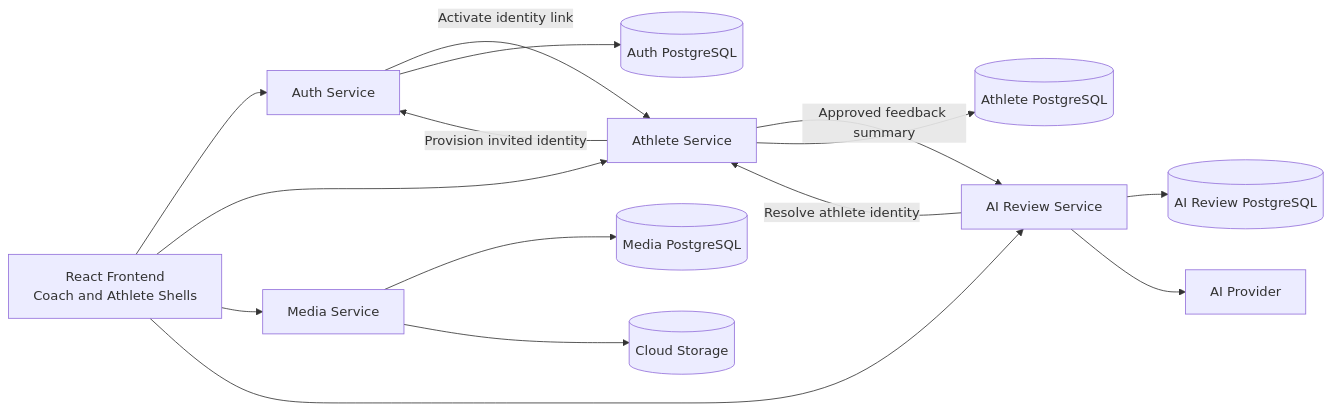
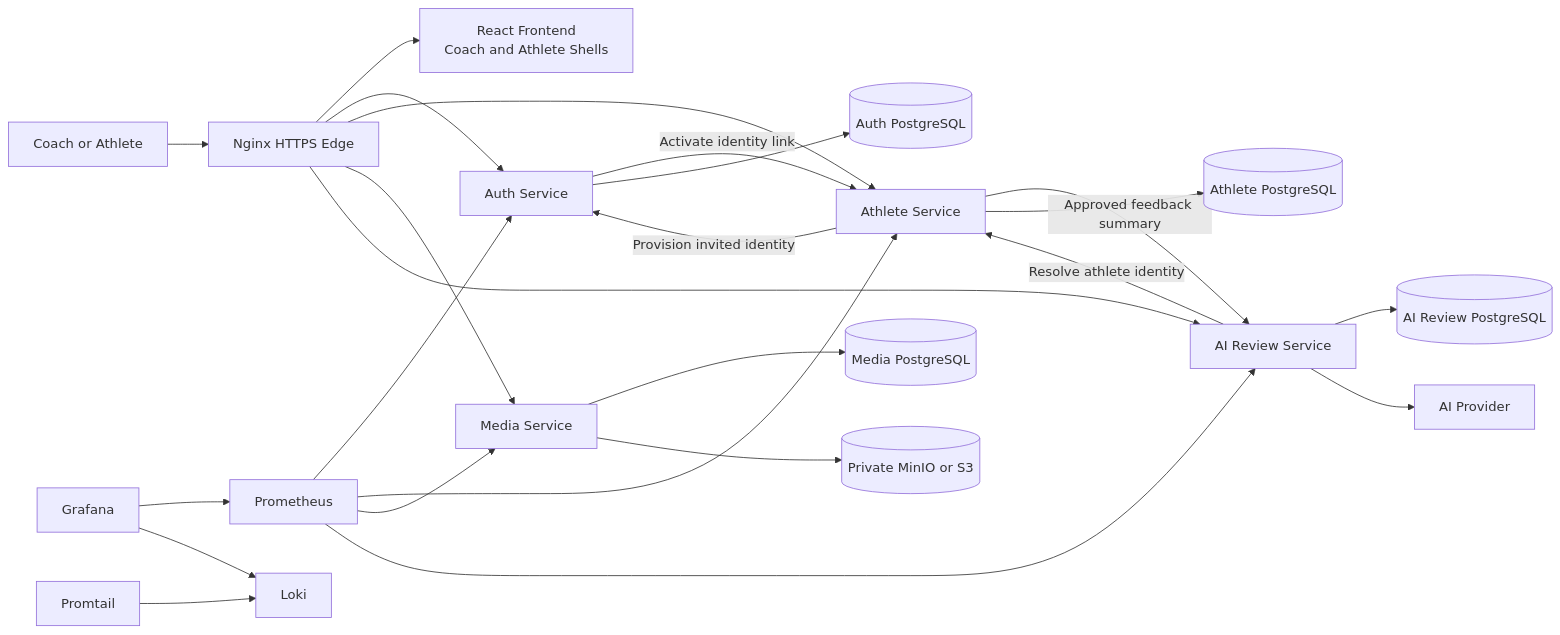
Before and after one commit to Atharva-Waranashiwar-Coding/coachOS_docs: the diagram in diagrams/system-overview.md, drawn with Mermaid. The commit also changed other lines of this file and 12 other files, not shown here.

````diff
--- a/diagrams/system-overview.md
+++ b/diagrams/system-overview.md
@@ -5,29 +5,44 @@
 ```mermaid
 flowchart LR
+  User[Coach or Athlete]
+  Edge[Nginx HTTPS Edge]
   Frontend[React Frontend<br/>Coach and Athlete Shells]
   Auth[Auth Service]
   Athlete[Athlete Service]
   Media[Media Service]
   AI[AI Review Service]
   AuthDB[(Auth PostgreSQL)]
   AthleteDB[(Athlete PostgreSQL)]
   MediaDB[(Media PostgreSQL)]
   AIDB[(AI Review PostgreSQL)]
-  Storage[(Cloud Storage)]
+  Storage[(Private MinIO or S3)]
   Provider[AI Provider]
+  Prometheus[Prometheus]
+  Grafana[Grafana]
+  Promtail[Promtail]
+  Loki[Loki]
 
-  Frontend --> Auth
-  Frontend --> Athlete
-  Frontend --> Media
-  Frontend --> AI
+  User --> Edge
+  Edge --> Frontend
+  Edge --> Auth
+  Edge --> Athlete
+  Edge --> Media
+  Edge --> AI
   Athlete -->|Provision invited identity| Auth
   Auth -->|Activate identity link| Athlete
   AI -->|Resolve athlete identity| Athlete
   Athlete -->|Approved feedback summary| AI
   Auth --> AuthDB
   Athlete --> AthleteDB
   Media --> MediaDB
   AI --> AIDB
   Media --> Storage
   AI --> Provider
+  Prometheus --> Auth
+  Prometheus --> Athlete
+  Prometheus --> Media
+  Prometheus --> AI
+  Grafana --> Prometheus
+  Grafana --> Loki
+  Promtail --> Loki
 ```
````
